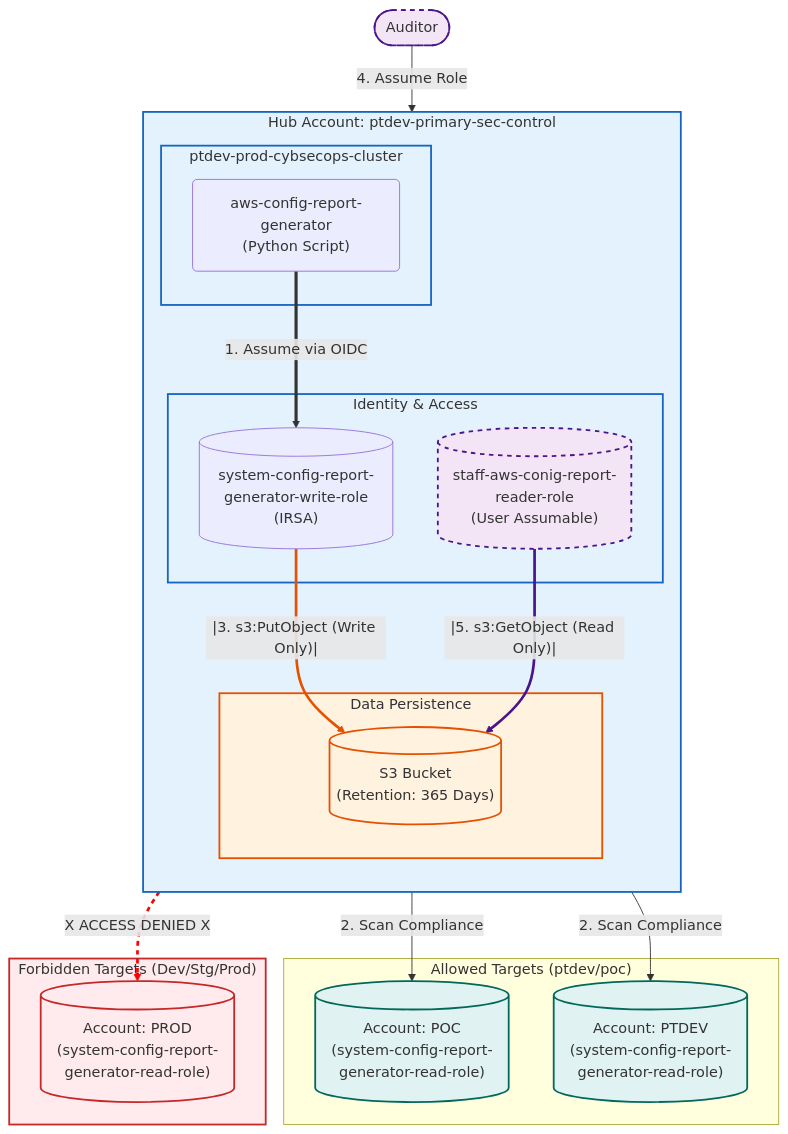
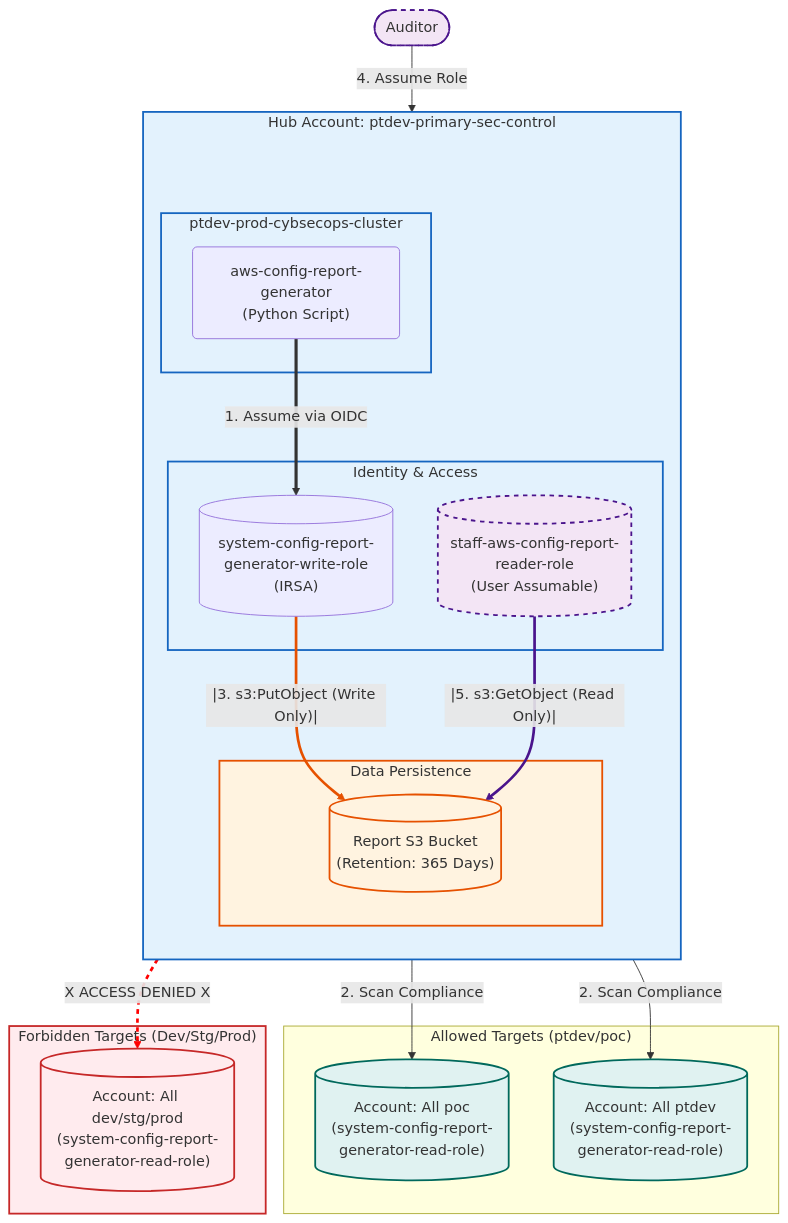
Before and after one commit to andy145155/shared: the diagram in runbook.md, drawn with Mermaid.

````diff
--- a/runbook.md
+++ b/runbook.md
@@ -1,64 +1,69 @@
 ```mermaid
 flowchart TD
     %% Define Styles
     classDef hub fill:#e3f2fd,stroke:#1565c0,stroke-width:2px;
     classDef spoke fill:#e0f2f1,stroke:#00695c,stroke-width:2px;
     classDef forbidden fill:#ffebee,stroke:#c62828,stroke-width:2px;
     classDef storage fill:#fff3e0,stroke:#e65100,stroke-width:2px;
     classDef user fill:#f3e5f5,stroke:#4a148c,stroke-width:2px,stroke-dasharray: 5 5;
+    classDef invisible width:0px,height:0px,color:transparent,fill:transparent,stroke:none;
 
     subgraph PTDEV_Hub ["Hub Account: ptdev-primary-sec-control"]
         direction TB
         
+        %% Invisible node to push content down
+        TitleSpacer[ ]:::invisible
+
         subgraph K8s ["ptdev-prod-cybsecops-cluster"]
             CronJob("aws-config-report-generator<br>(Python Script)")
         end
 
         subgraph IAM ["Identity & Access"]
             WriterRole[("system-config-report-generator-write-role<br>(IRSA)")]
-            ReaderRole[("staff-aws-conig-report-reader-role<br>(User Assumable)")]
+            ReaderRole[("staff-aws-config-report-reader-role<br>(User Assumable)")]
         end
 
         subgraph Data_Layer ["Data Persistence"]
-            S3[("S3 Bucket<br>(Retention: 365 Days)")]
+            S3[("Report S3 Bucket<br>(Retention: 365 Days)")]
         end
     end
 
     subgraph Targets_Allowed ["Allowed Targets (ptdev/poc)"]
-        PocSpoke[("Account: POC<br>(system-config-report-generator-read-role)")]
-        PtdevSpoke[("Account: PTDEV<br>(system-config-report-generator-read-role)")]
+        PocSpoke[("Account: All poc<br>(system-config-report-generator-read-role)")]
+        PtdevSpoke[("Account: All ptdev<br>(system-config-report-generator-read-role)")]
     end
 
     subgraph Targets_Blocked ["Forbidden Targets (Dev/Stg/Prod)"]
-        ProdSpoke[("Account: PROD<br>(system-config-report-generator-read-role)")]
+        ProdSpoke[("Account: All dev/stg/prod<br>(system-config-report-generator-read-role)")]
     end
 
     User(["Auditor"])
 
     %% --- EXECUTION FLOW ---
+    TitleSpacer ~~~ CronJob
     CronJob ==>|1. Assume via OIDC| WriterRole
     
     %% Audit Flow (Isolation)
     WriterRole -->|2. Scan Compliance| PocSpoke
     WriterRole -->|2. Scan Compliance| PtdevSpoke
     WriterRole -.->|X ACCESS DENIED X| ProdSpoke
 
     %% --- S3 WRITE OPERATION ---
     WriterRole == "|3. s3:PutObject (Write Only)|" ==> S3
 
     %% --- S3 READ OPERATION ---
     User -->|4. Assume Role| ReaderRole
     ReaderRole == "|5. s3:GetObject (Read Only)|" ==> S3
 
     %% Styling
     class PTDEV_Hub,K8s,IAM hub;
     class PocSpoke,PtdevSpoke spoke;
     class ProdSpoke,Targets_Blocked forbidden;
     class S3,Data_Layer storage;
     class User,ReaderRole user;
     
     %% Link Styles for Emphasis
-    linkStyle 3 stroke:#ff0000,stroke-width:3px,stroke-dasharray: 5 5; 
-    linkStyle 4 stroke:#e65100,stroke-width:3px; 
-    linkStyle 6 stroke:#4a148c,stroke-width:3px;
+    linkStyle 4 stroke:#ff0000,stroke-width:3px,stroke-dasharray: 5 5; 
+    linkStyle 5 stroke:#e65100,stroke-width:3px; 
+    linkStyle 7 stroke:#4a148c,stroke-width:3px;
 ```
````
